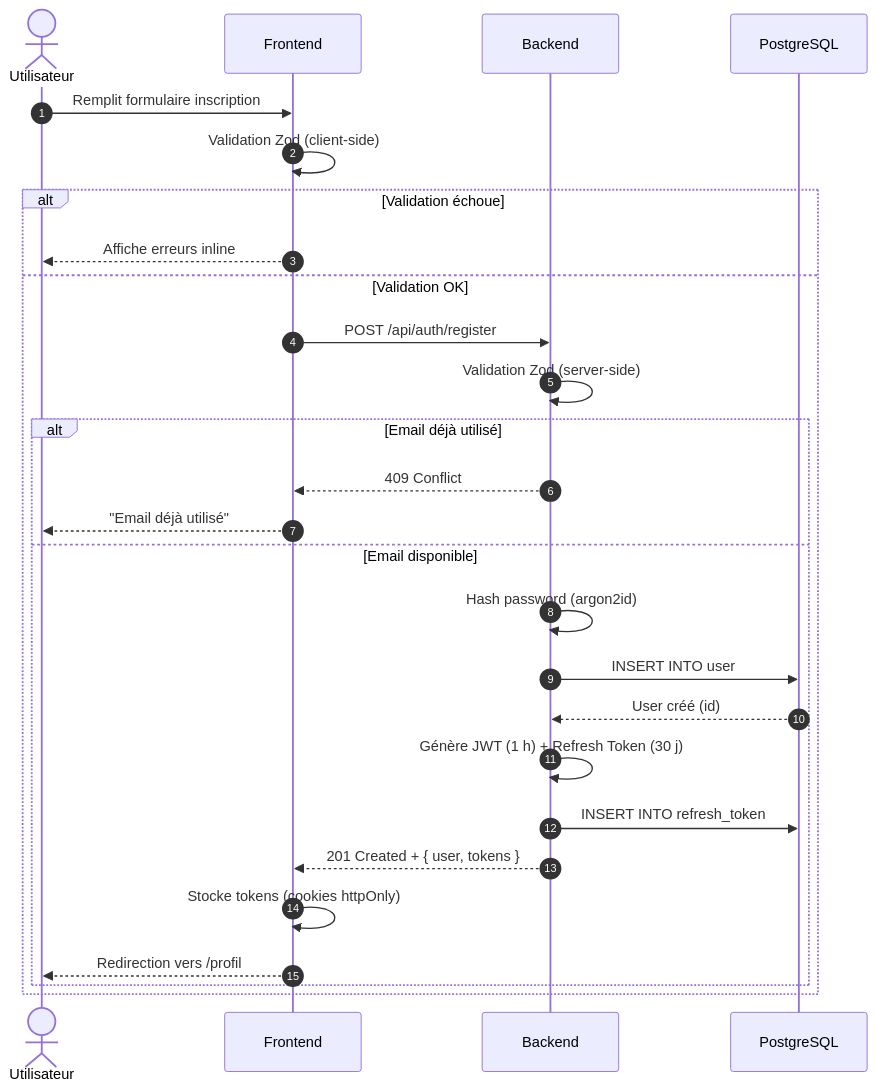
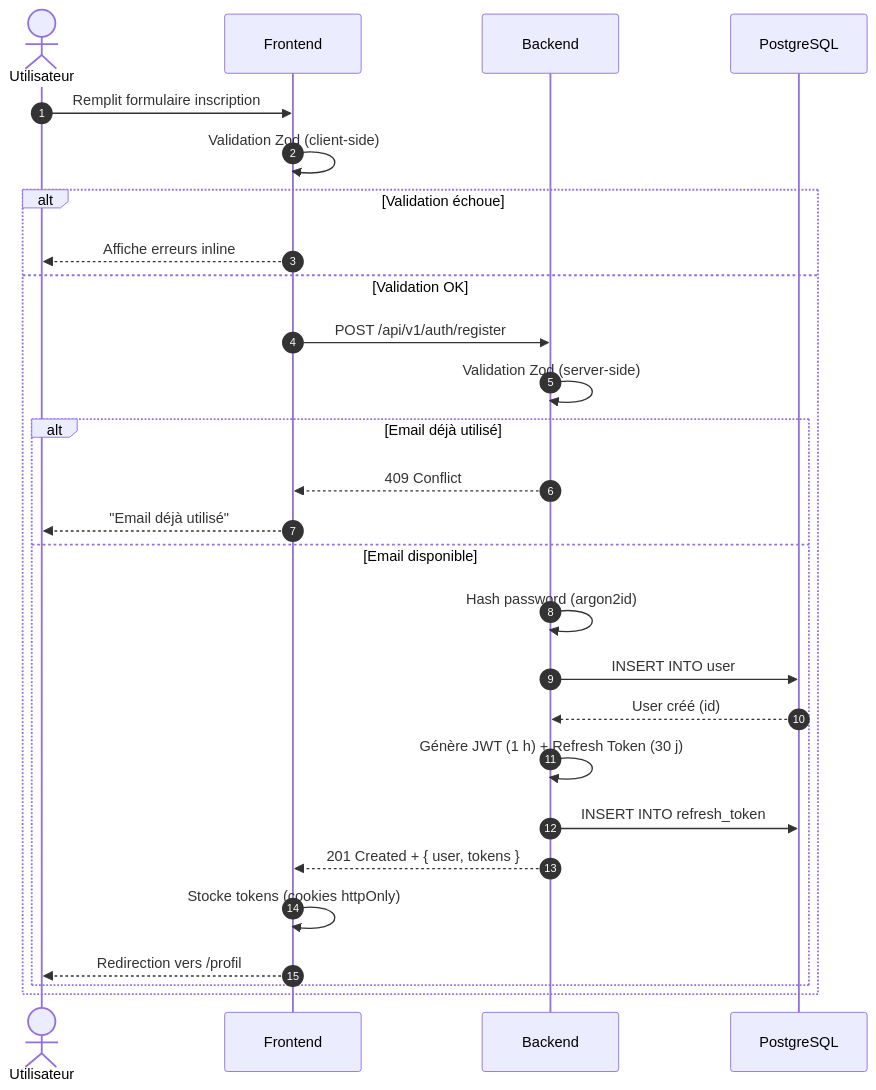
One commit to Sojeremy/documentation-skillswap changed the first of 4 diagrams in docs/documentation-implementation/arc42/06-runtime/authentication.md. Above: the diagram before and after it, drawn with Mermaid. The commit also changed other lines of this file and 5 other files, not shown here.

First line of the commit message:
docs(arc42): aligner les Mermaid sur le préfixe /api/v1/ et le chemin /profiles (axe 3 / commit 1)

````diff
--- a/docs/documentation-implementation/arc42/06-runtime/authentication.md
+++ b/docs/documentation-implementation/arc42/06-runtime/authentication.md
@@ -5,30 +5,30 @@
 ```mermaid
 sequenceDiagram
     autonumber
     actor U as Utilisateur
     participant F as Frontend
     participant B as Backend
     participant DB as PostgreSQL
 
     U->>F: Remplit formulaire inscription
     F->>F: Validation Zod (client-side)
     alt Validation échoue
         F-->>U: Affiche erreurs inline
     else Validation OK
-        F->>B: POST /api/auth/register
+        F->>B: POST /api/v1/auth/register
         B->>B: Validation Zod (server-side)
         alt Email déjà utilisé
             B-->>F: 409 Conflict
             F-->>U: "Email déjà utilisé"
         else Email disponible
             B->>B: Hash password (argon2id)
             B->>DB: INSERT INTO user
             DB-->>B: User créé (id)
             B->>B: Génère JWT (1 h) + Refresh Token (30 j)
             B->>DB: INSERT INTO refresh_token
             B-->>F: 201 Created + { user, tokens }
             F->>F: Stocke tokens (cookies httpOnly)
             F-->>U: Redirection vers /profil
         end
     end
 ```
````
